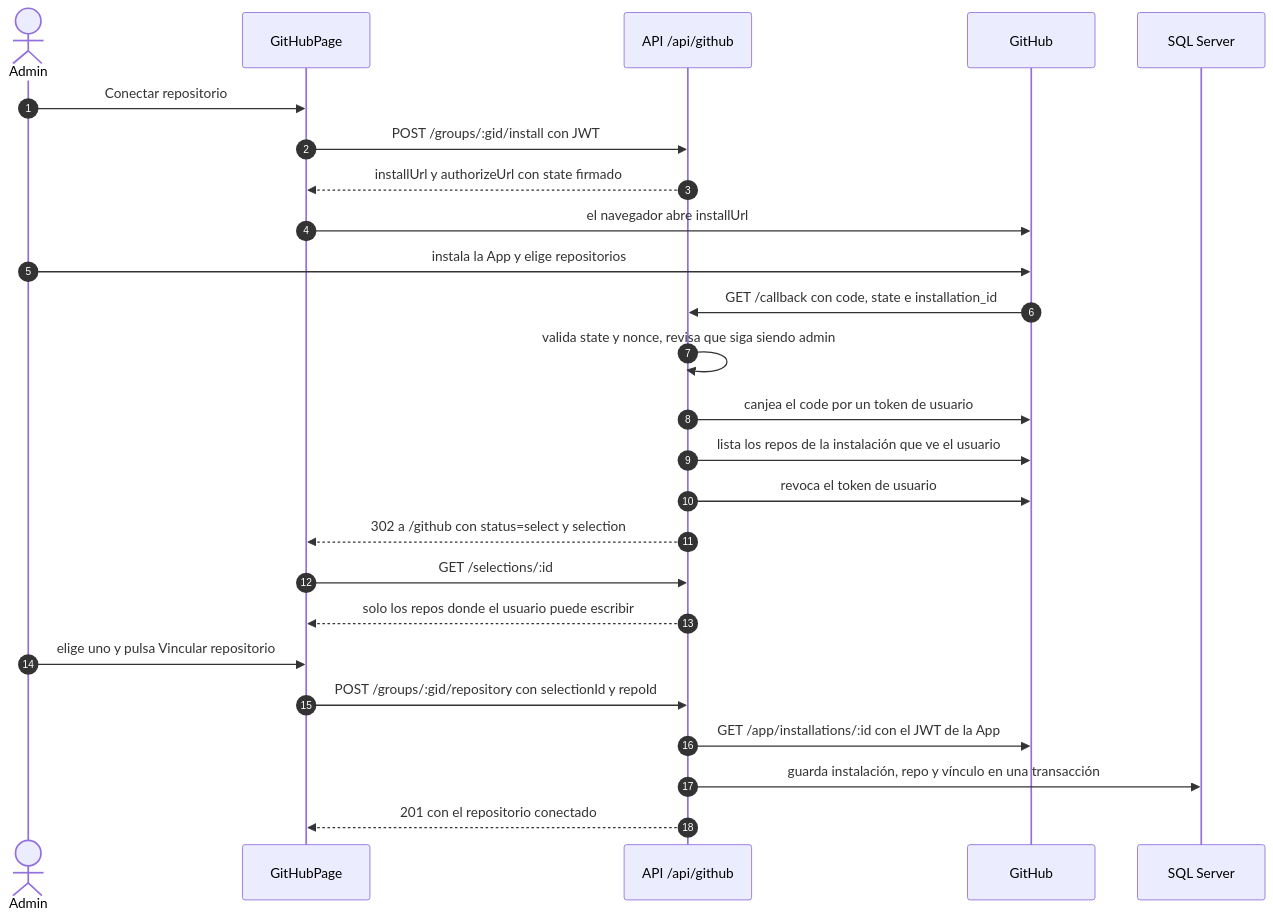
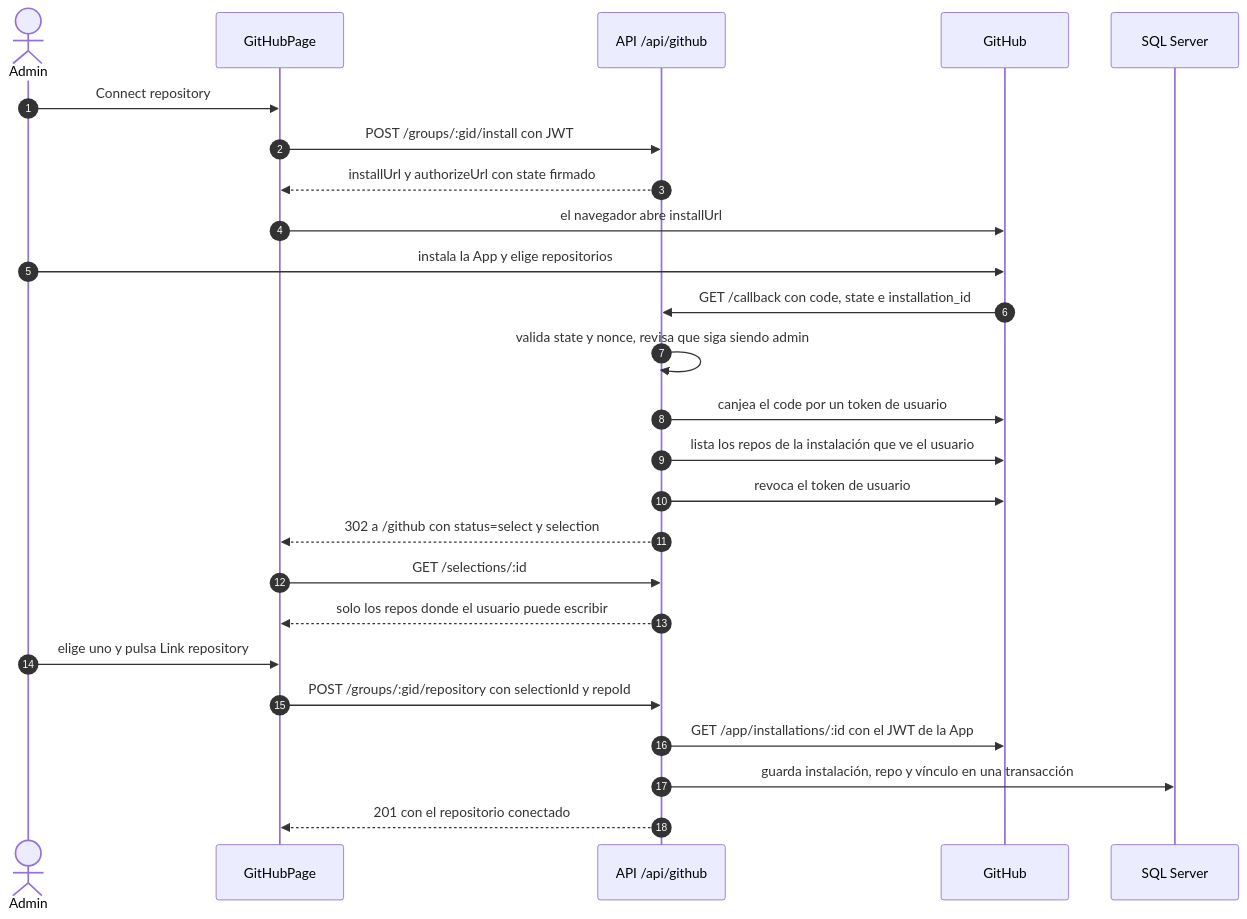
One commit to PabloP150/proyecto-is-cc6 changed the first of 4 diagrams in documentacion/06-flujos/07-github.md. Above: the diagram before and after it, drawn with Mermaid. The commit also changed other lines of this file and 204 other files, not shown here.

First line of the commit message:
docs: update all documentation, diagrams and PNGs to the test/e2e state

````diff
--- a/documentacion/06-flujos/07-github.md
+++ b/documentacion/06-flujos/07-github.md
@@ -7,28 +7,28 @@
 ```mermaid
 sequenceDiagram
     autonumber
     actor A as Admin
     participant FE as GitHubPage
     participant API as API /api/github
     participant GH as GitHub
     participant DB as SQL Server
 
-    A->>FE: Conectar repositorio
+    A->>FE: Connect repository
     FE->>API: POST /groups/:gid/install con JWT
     API-->>FE: installUrl y authorizeUrl con state firmado
     FE->>GH: el navegador abre installUrl
     A->>GH: instala la App y elige repositorios
     GH->>API: GET /callback con code, state e installation_id
     API->>API: valida state y nonce, revisa que siga siendo admin
     API->>GH: canjea el code por un token de usuario
     API->>GH: lista los repos de la instalación que ve el usuario
     API->>GH: revoca el token de usuario
     API-->>FE: 302 a /github con status=select y selection
     FE->>API: GET /selections/:id
     API-->>FE: solo los repos donde el usuario puede escribir
-    A->>FE: elige uno y pulsa Vincular repositorio
+    A->>FE: elige uno y pulsa Link repository
     FE->>API: POST /groups/:gid/repository con selectionId y repoId
     API->>GH: GET /app/installations/:id con el JWT de la App
     API->>DB: guarda instalación, repo y vínculo en una transacción
     API-->>FE: 201 con el repositorio conectado
 ```
````
